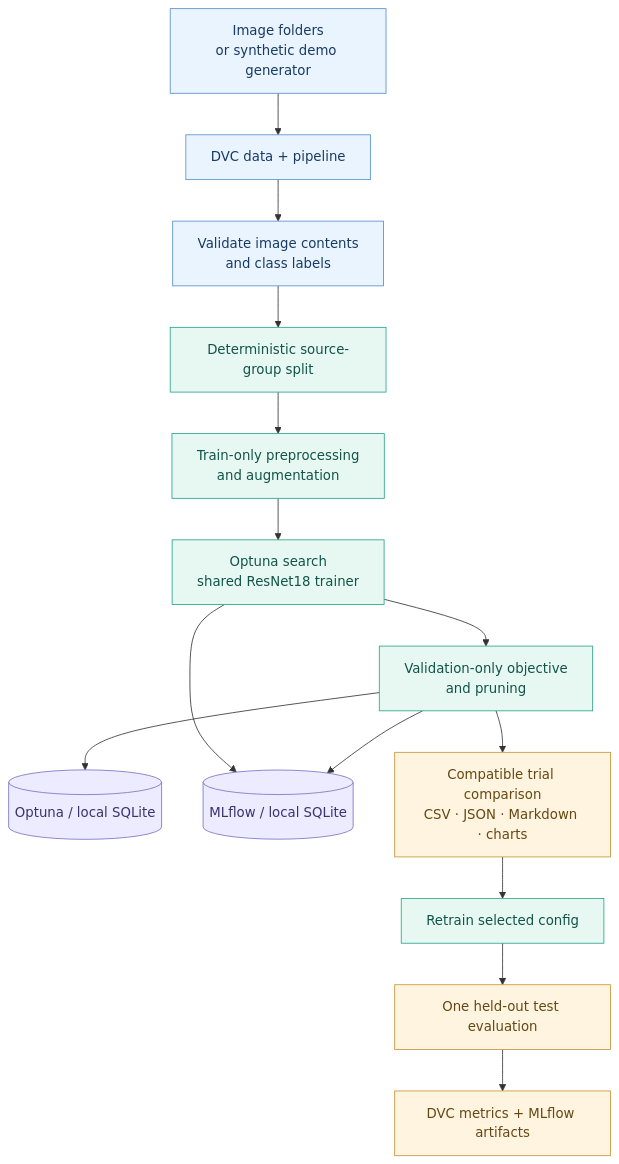
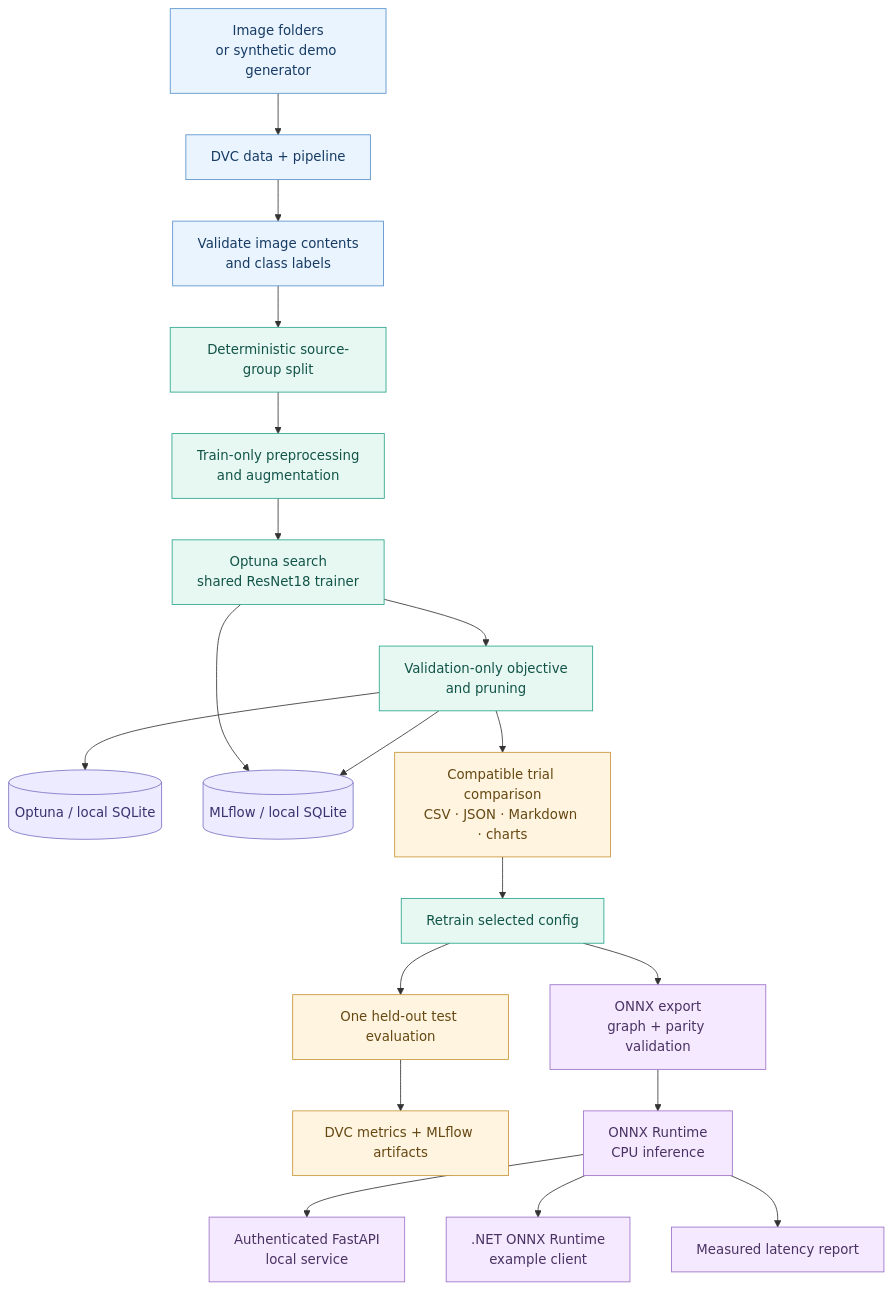
One commit to wilsonsantaluz/Surveillance-AI-Training changed the diagram in README.md. Above: the diagram before and after it, drawn with Mermaid. The commit also changed other lines of this file and 27 other files, not shown here.

````diff
--- a/README.md
+++ b/README.md
@@ -21,25 +21,32 @@
 ```mermaid
 flowchart TD
     A["Image folders<br/>or synthetic demo generator"] --> B["DVC data + pipeline"]
     B --> C["Validate image contents<br/>and class labels"]
     C --> D["Deterministic source-group split"]
     D --> E["Train-only preprocessing<br/>and augmentation"]
     E --> F["Optuna search<br/>shared ResNet18 trainer"]
     F --> G["Validation-only objective<br/>and pruning"]
     G --> H[("Optuna / local SQLite")]
     F --> I[("MLflow / local SQLite")]
     G --> I
     G --> J["Compatible trial comparison<br/>CSV · JSON · Markdown · charts"]
     J --> K["Retrain selected config"]
     K --> L["One held-out test evaluation"]
     L --> M["DVC metrics + MLflow artifacts"]
+    K --> N["ONNX export<br/>graph + parity validation"]
+    N --> O["ONNX Runtime<br/>CPU inference"]
+    O --> P["Authenticated FastAPI<br/>local service"]
+    O --> Q[".NET ONNX Runtime<br/>example client"]
+    O --> R["Measured latency report"]
 
     classDef input fill:#eaf4ff,stroke:#568fca,color:#173b63
     classDef train fill:#e7f8f3,stroke:#28a48b,color:#125447
     classDef metric fill:#fff4df,stroke:#c89536,color:#654813
     classDef store fill:#ecebff,stroke:#7a72c4,color:#38336e
+    classDef serve fill:#f4e9ff,stroke:#9b71c7,color:#4b3263
     class A,B,C input
     class D,E,F,G,K train
     class J,L,M metric
     class H,I store
+    class N,O,P,Q,R serve
 ```
````
